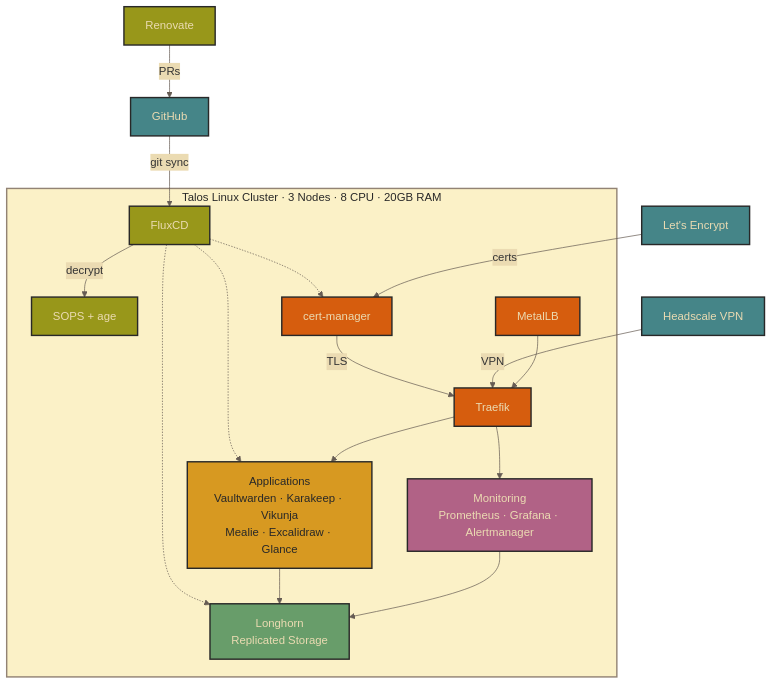
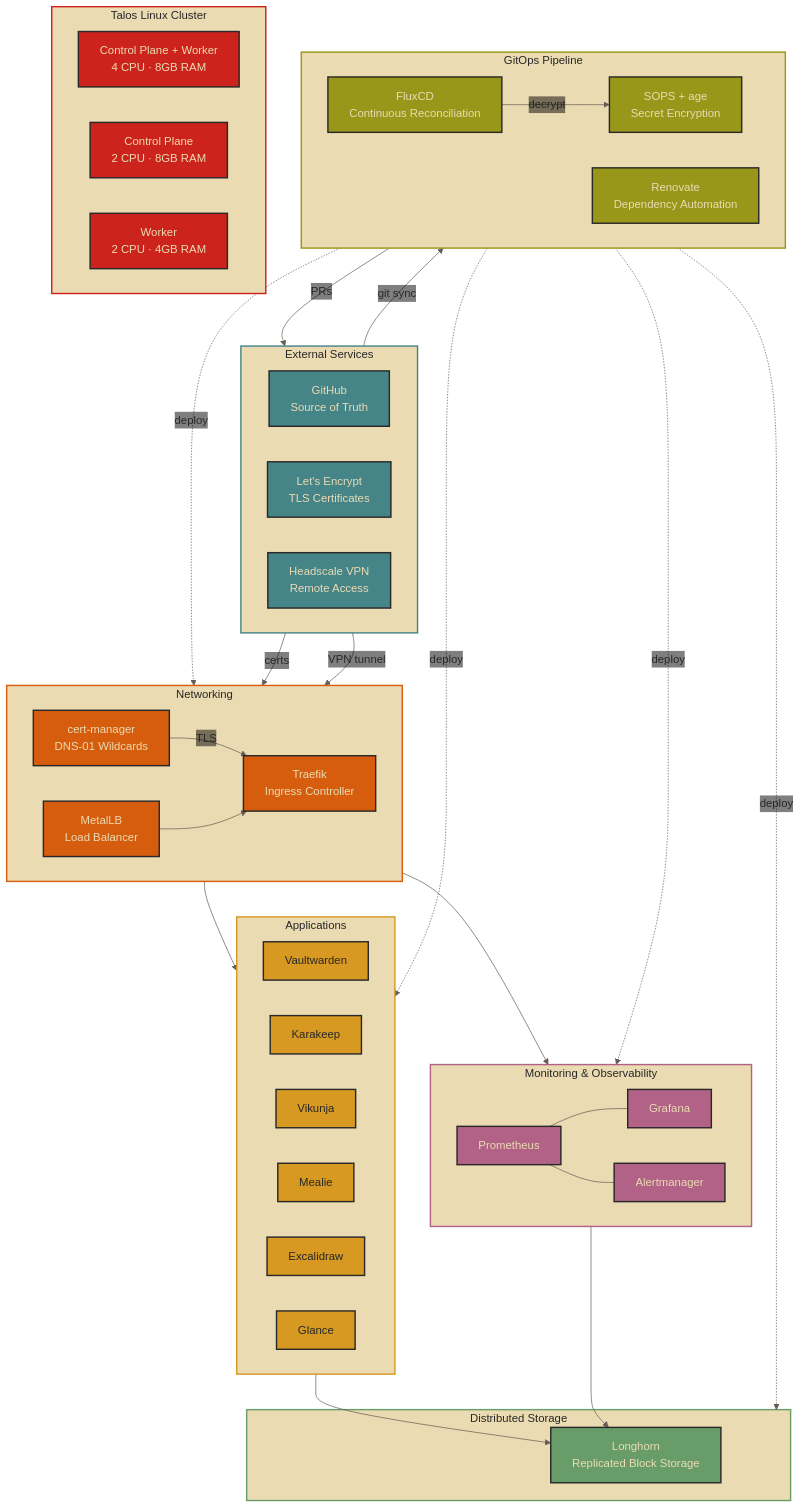
The diagram in README.md (markoonakic/homelab), drawn with Mermaid before and after one commit.

Commit message:
docs: rework architecture diagram with full detail and Gruvbox styling
- Restore all individual nodes (6 apps, 3 monitoring, 3 foundation nodes)
- Fix line breaks: \n → <br/> for proper rendering
- Set diagram background to #ebdbb2 (Gruvbox light)
- Remove edge label backgrounds (transparent)
- All text strictly #ebdbb2 or #282828
- Subgraphs: colored borders, transparent fill, direction LR for symmetry
- Add foundation layer (Talos Linux nodes with specs)
- Add red (#cc241d) class for infrastructure nodes

````diff
--- a/README.md
+++ b/README.md
@@ -15,52 +15,115 @@
 ```mermaid
-%%{init: {'theme': 'base', 'themeVariables': {'lineColor': '#665c54', 'edgeLabelBackground': '#ebdbb2'}}}%%
+%%{init: {'theme': 'base', 'themeVariables': {'background': '#ebdbb2', 'lineColor': '#665c54', 'edgeLabelBackground': 'transparent', 'primaryTextColor': '#282828'}}}%%
 
 graph TD
-    %% ── External Sources ──
-    renovate["Renovate"]:::gitops -->|"PRs"| github["GitHub"]:::external
-    letsencrypt["Let's Encrypt"]:::external
-    headscale["Headscale VPN"]:::external
-
-    %% ── Git Sync ──
-    github -->|"git sync"| flux
-
-    %% ── Cluster ──
-    subgraph cluster["Talos Linux Cluster · 3 Nodes · 8 CPU · 20GB RAM"]
-        flux["FluxCD"]:::gitops -->|"decrypt"| sops["SOPS + age"]:::gitops
-        certmanager["cert-manager"]:::network
-        metallb["MetalLB"]:::network
-        traefik["Traefik"]:::network
-        apps["Applications\nVaultwarden · Karakeep · Vikunja\nMealie · Excalidraw · Glance"]:::application
-        monitoring["Monitoring\nPrometheus · Grafana · Alertmanager"]:::monitor
-        longhorn["Longhorn\nReplicated Storage"]:::store
+    %% ── External Services ──
+    subgraph external["External Services"]
+        direction LR
+        github["GitHub<br/>Source of Truth"]
+        letsencrypt["Let's Encrypt<br/>TLS Certificates"]
+        headscale["Headscale VPN<br/>Remote Access"]
     end
 
-    %% ── Flux Reconciliation ──
-    flux -.-> certmanager
-    flux -.-> apps
-    flux -.-> longhorn
+    %% ── GitOps Pipeline ──
+    subgraph gitops["GitOps Pipeline"]
+        direction LR
+        flux["FluxCD<br/>Continuous Reconciliation"]
+        sops["SOPS + age<br/>Secret Encryption"]
+        renovate["Renovate<br/>Dependency Automation"]
+    end
+
+    %% ── Networking ──
+    subgraph net["Networking"]
+        direction LR
+        certmanager["cert-manager<br/>DNS-01 Wildcards"]
+        traefik["Traefik<br/>Ingress Controller"]
+        metallb["MetalLB<br/>Load Balancer"]
+    end
+
+    %% ── Applications ──
+    subgraph apps["Applications"]
+        direction LR
+        vaultwarden["Vaultwarden"]
+        karakeep["Karakeep"]
+        vikunja["Vikunja"]
+        mealie["Mealie"]
+        excalidraw["Excalidraw"]
+        glance["Glance"]
+    end
+
+    %% ── Monitoring ──
+    subgraph mon["Monitoring & Observability"]
+        direction LR
+        prometheus["Prometheus"]
+        grafana["Grafana"]
+        alertmanager["Alertmanager"]
+    end
+
+    %% ── Storage ──
+    subgraph stor["Distributed Storage"]
+        longhorn["Longhorn<br/>Replicated Block Storage"]
+    end
+
+    %% ── Foundation ──
+    subgraph infra["Talos Linux Cluster"]
+        direction LR
+        node1["Control Plane + Worker<br/>4 CPU · 8GB RAM"]
+        node2["Control Plane<br/>2 CPU · 8GB RAM"]
+        node3["Worker<br/>2 CPU · 4GB RAM"]
+    end
+
+    %% ── GitOps Flow ──
+    renovate -->|PRs| github
+    github -->|git sync| flux
+    flux -->|decrypt| sops
+
+    %% ── Flux Deploys ──
+    flux -.->|deploy| net
+    flux -.->|deploy| apps
+    flux -.->|deploy| mon
+    flux -.->|deploy| stor
 
     %% ── TLS Flow ──
-    letsencrypt -->|"certs"| certmanager
-    certmanager -->|"TLS"| traefik
+    letsencrypt -->|certs| certmanager
+    certmanager -->|TLS| traefik
 
     %% ── Traffic Flow ──
-    headscale -->|"VPN"| traefik
+    headscale -->|VPN tunnel| traefik
     metallb --> traefik
     traefik --> apps
-    traefik --> monitoring
+    traefik --> mon
+
+    %% ── Monitoring ──
+    prometheus --- grafana
+    prometheus --- alertmanager
 
     %% ── Persistence ──
     apps --> longhorn
-    monitoring --> longhorn
+    mon --> longhorn
 
-    %% ── Gruvbox Palette ──
-    classDef external fill:#458588,stroke:#282828,stroke-width:2px,color:#ebdbb2
-    classDef gitops fill:#98971a,stroke:#282828,stroke-width:2px,color:#ebdbb2
+    %% ── Node Styles (Gruvbox Palette) ──
+    classDef ext fill:#458588,stroke:#282828,stroke-width:2px,color:#ebdbb2
+    classDef git fill:#98971a,stroke:#282828,stroke-width:2px,color:#ebdbb2
     classDef network fill:#d65d0e,stroke:#282828,stroke-width:2px,color:#ebdbb2
     classDef monitor fill:#b16286,stroke:#282828,stroke-width:2px,color:#ebdbb2
-    classDef application fill:#d79921,stroke:#282828,stroke-width:2px,color:#282828
+    classDef app fill:#d79921,stroke:#282828,stroke-width:2px,color:#282828
     classDef store fill:#689d6a,stroke:#282828,stroke-width:2px,color:#ebdbb2
+    classDef foundation fill:#cc241d,stroke:#282828,stroke-width:2px,color:#ebdbb2
 
-    style cluster fill:#fbf1c7,stroke:#928374,stroke-width:2px,color:#282828
+    class github,letsencrypt,headscale ext
+    class flux,sops,renovate git
+    class certmanager,traefik,metallb network
+    class prometheus,grafana,alertmanager monitor
+    class vaultwarden,karakeep,vikunja,mealie,excalidraw,glance app
+    class longhorn store
+    class node1,node2,node3 foundation
+
+    %% ── Subgraph Styles ──
+    style external fill:#ebdbb2,stroke:#458588,stroke-width:2px,color:#282828
+    style gitops fill:#ebdbb2,stroke:#98971a,stroke-width:2px,color:#282828
+    style net fill:#ebdbb2,stroke:#d65d0e,stroke-width:2px,color:#282828
+    style apps fill:#ebdbb2,stroke:#d79921,stroke-width:2px,color:#282828
+    style mon fill:#ebdbb2,stroke:#b16286,stroke-width:2px,color:#282828
+    style stor fill:#ebdbb2,stroke:#689d6a,stroke-width:2px,color:#282828
+    style infra fill:#ebdbb2,stroke:#cc241d,stroke-width:2px,color:#282828
 ```
````
